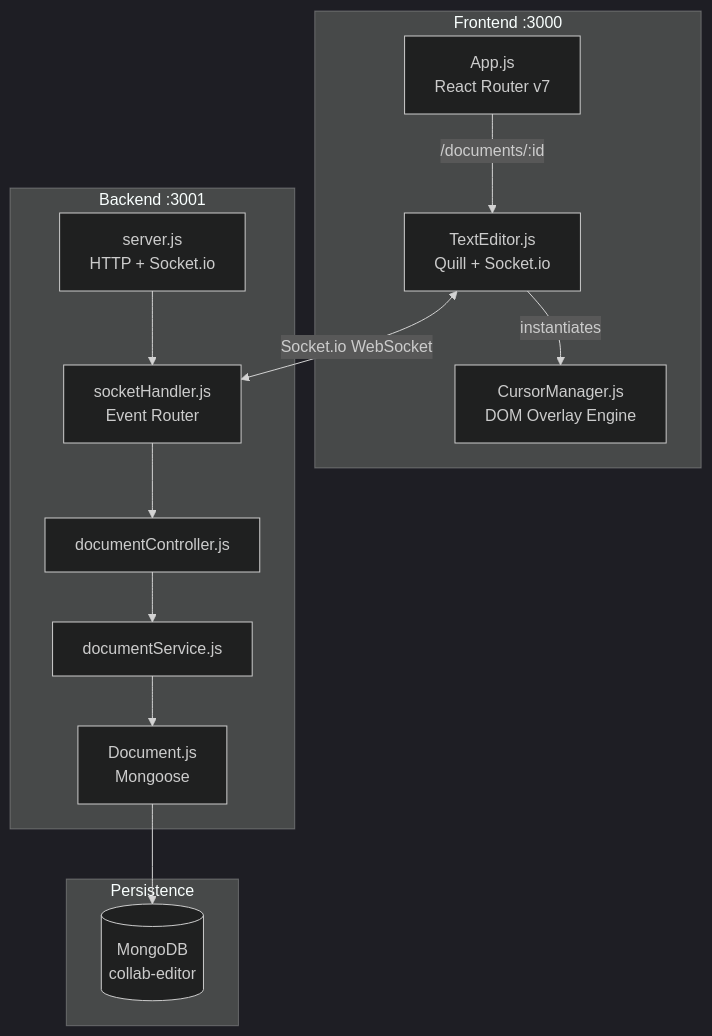
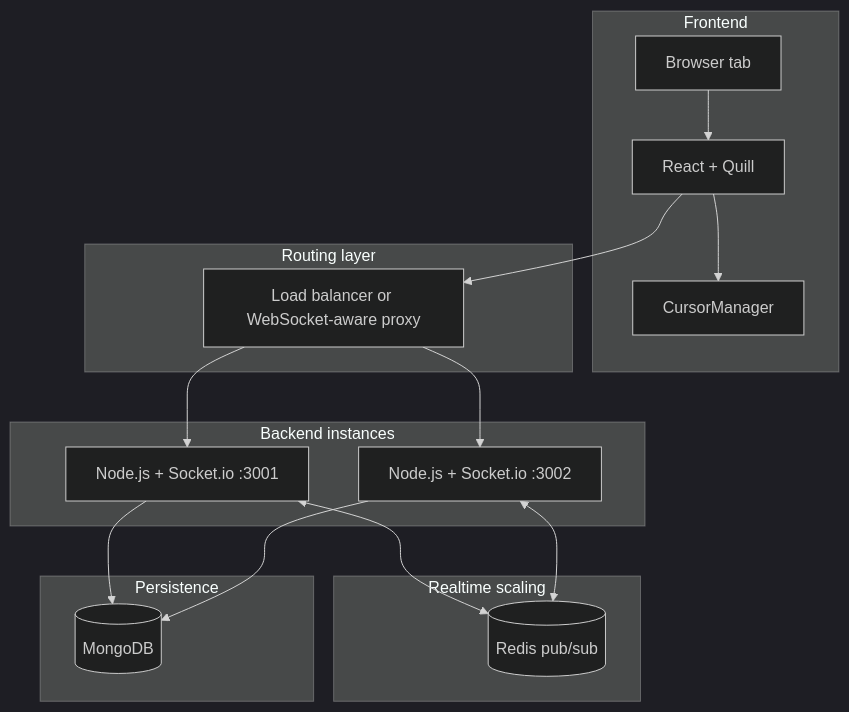
Before and after one commit to anubhab555/collab-editor: the diagram in docs/ARCHITECTURE.md, drawn with Mermaid (dark theme). The commit also changed other lines of this file and 7 other files, not shown here.

````diff
--- a/docs/ARCHITECTURE.md
+++ b/docs/ARCHITECTURE.md
@@ -29,31 +44,36 @@
 ```mermaid
 graph TB
-    subgraph Browser["Frontend :3000"]
-        Router["App.js\nReact Router v7"]
-        Editor["TextEditor.js\nQuill + Socket.io"]
-        CM["CursorManager.js\nDOM Overlay Engine"]
+    subgraph Frontend["Frontend"]
+        Browser["Browser tab"]
+        React["React + Quill"]
+        Cursor["CursorManager"]
 
-        Router -->|/documents/:id| Editor
-        Editor -->|instantiates| CM
+        Browser --> React
+        React --> Cursor
     end
 
-    subgraph Server["Backend :3001"]
-        Entry["server.js\nHTTP + Socket.io"]
-        Handler["socketHandler.js\nEvent Router"]
-        Controller["documentController.js"]
-        Service["documentService.js"]
-        Model["Document.js\nMongoose"]
-
-        Entry --> Handler
-        Handler --> Controller
-        Controller --> Service
-        Service --> Model
+    subgraph Proxy["Routing layer"]
+        LB["Load balancer or WebSocket-aware proxy"]
     end
 
-    subgraph DB["Persistence"]
-        Mongo[("MongoDB\ncollab-editor")]
+    subgraph Backend["Backend instances"]
+        NodeA["Node.js + Socket.io :3001"]
+        NodeB["Node.js + Socket.io :3002"]
     end
 
-    Editor <-->|Socket.io WebSocket| Handler
-    Model --> Mongo
+    subgraph Realtime["Realtime scaling"]
+        Redis[("Redis pub/sub")]
+    end
+
+    subgraph Data["Persistence"]
+        Mongo[("MongoDB")]
+    end
+
+    React --> LB
+    LB --> NodeA
+    LB --> NodeB
+    NodeA <--> Redis
+    NodeB <--> Redis
+    NodeA --> Mongo
+    NodeB --> Mongo
 ```
````
